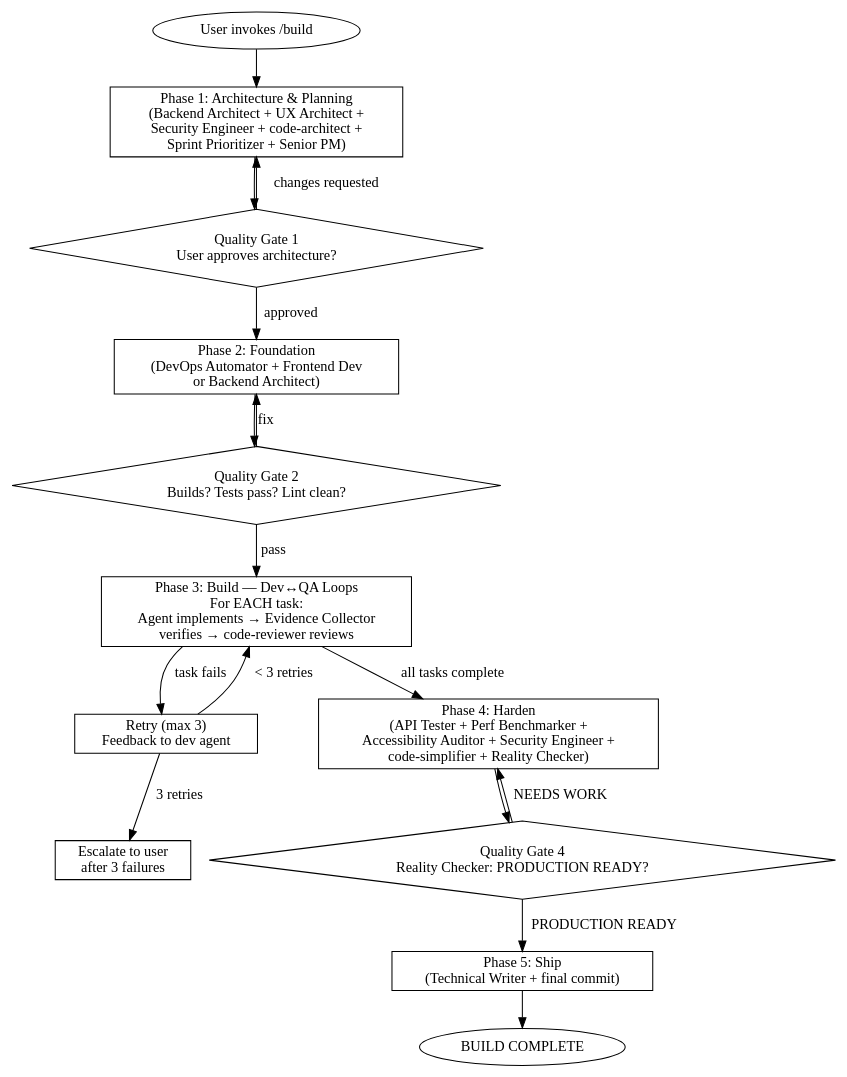
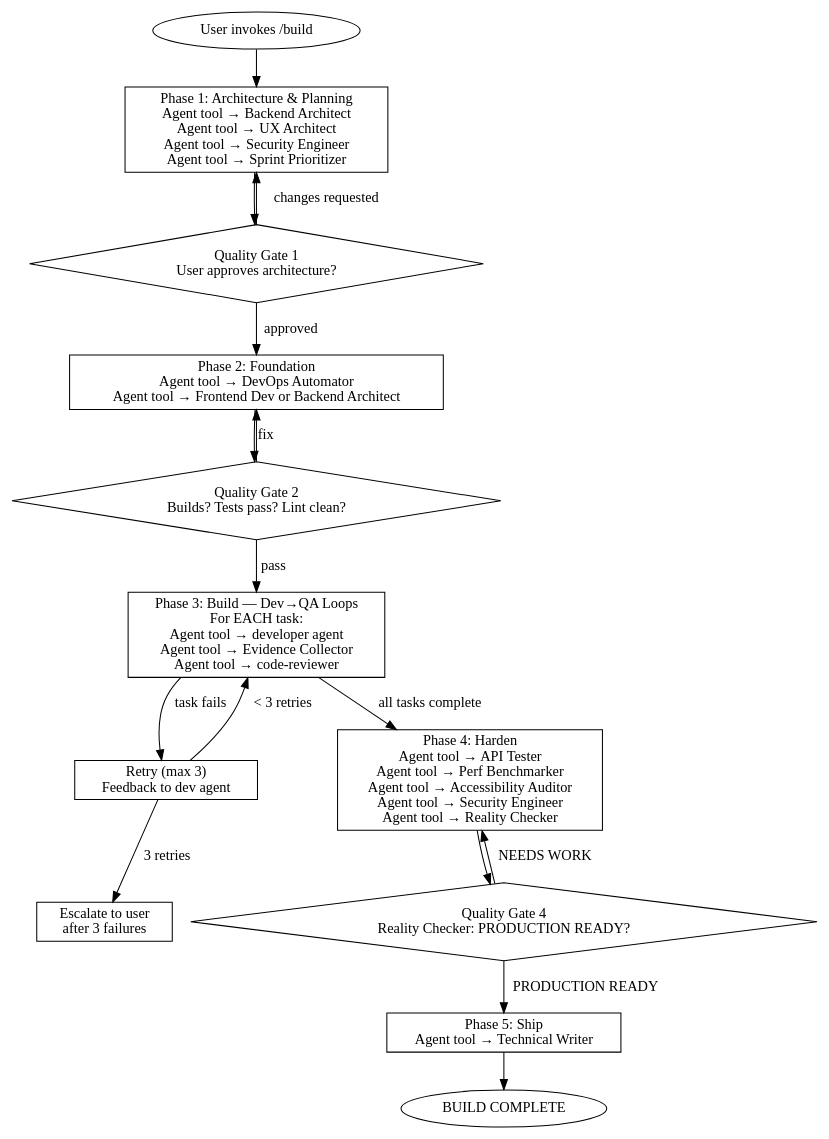
Before and after one commit to sujitmeka/buildanything: the diagram in commands/build.md, drawn with Graphviz. The commit also changed other lines of this file and 2 other files, not shown here.

First line of the commit message:
feat: rewrite build.md with explicit Agent tool dispatch instructions

````diff
--- a/commands/build.md
+++ b/commands/build.md
@@ -42,35 +74,35 @@
 ```dot
 digraph build_pipeline {
   rankdir=TB;
   node [shape=box];
 
   start [label="User invokes /build" shape=ellipse];
-  p1 [label="Phase 1: Architecture & Planning\n(Backend Architect + UX Architect +\nSecurity Engineer + code-architect +\nSprint Prioritizer + Senior PM)"];
+  p1 [label="Phase 1: Architecture & Planning\nAgent tool → Backend Architect\nAgent tool → UX Architect\nAgent tool → Security Engineer\nAgent tool → Sprint Prioritizer"];
   gate1 [label="Quality Gate 1\nUser approves architecture?" shape=diamond];
-  p2 [label="Phase 2: Foundation\n(DevOps Automator + Frontend Dev\nor Backend Architect)"];
+  p2 [label="Phase 2: Foundation\nAgent tool → DevOps Automator\nAgent tool → Frontend Dev or Backend Architect"];
   gate2 [label="Quality Gate 2\nBuilds? Tests pass? Lint clean?" shape=diamond];
-  p3 [label="Phase 3: Build — Dev↔QA Loops\nFor EACH task:\nAgent implements → Evidence Collector\nverifies → code-reviewer reviews"];
+  p3 [label="Phase 3: Build — Dev→QA Loops\nFor EACH task:\nAgent tool → developer agent\nAgent tool → Evidence Collector\nAgent tool → code-reviewer"];
   retry [label="Retry (max 3)\nFeedback to dev agent" shape=box];
   escalate [label="Escalate to user\nafter 3 failures" shape=box];
-  p4 [label="Phase 4: Harden\n(API Tester + Perf Benchmarker +\nAccessibility Auditor + Security Engineer +\ncode-simplifier + Reality Checker)"];
+  p4 [label="Phase 4: Harden\nAgent tool → API Tester\nAgent tool → Perf Benchmarker\nAgent tool → Accessibility Auditor\nAgent tool → Security Engineer\nAgent tool → Reality Checker"];
   gate4 [label="Quality Gate 4\nReality Checker: PRODUCTION READY?" shape=diamond];
-  p5 [label="Phase 5: Ship\n(Technical Writer + final commit)"];
+  p5 [label="Phase 5: Ship\nAgent tool → Technical Writer"];
   done [label="BUILD COMPLETE" shape=ellipse];
 
   start -> p1;
   p1 -> gate1;
   gate1 -> p2 [label="approved"];
   gate1 -> p1 [label="changes requested"];
   p2 -> gate2;
   gate2 -> p3 [label="pass"];
   gate2 -> p2 [label="fix"];
   p3 -> retry [label="task fails"];
   retry -> p3 [label="< 3 retries"];
   retry -> escalate [label="3 retries"];
   p3 -> p4 [label="all tasks complete"];
   p4 -> gate4;
   gate4 -> p5 [label="PRODUCTION READY"];
   gate4 -> p4 [label="NEEDS WORK"];
   p5 -> done;
 }
 ```
````
